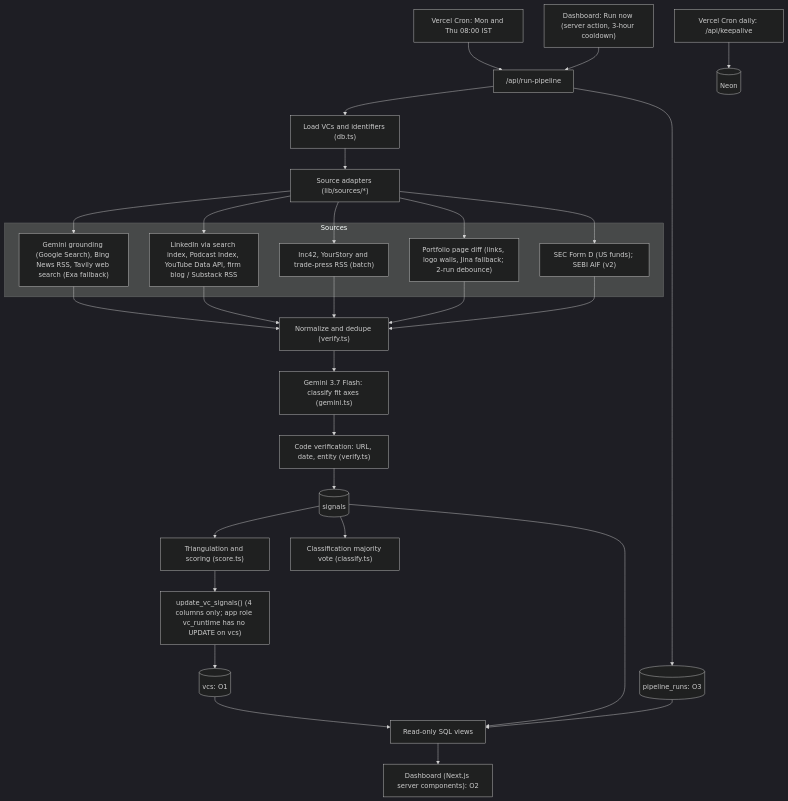
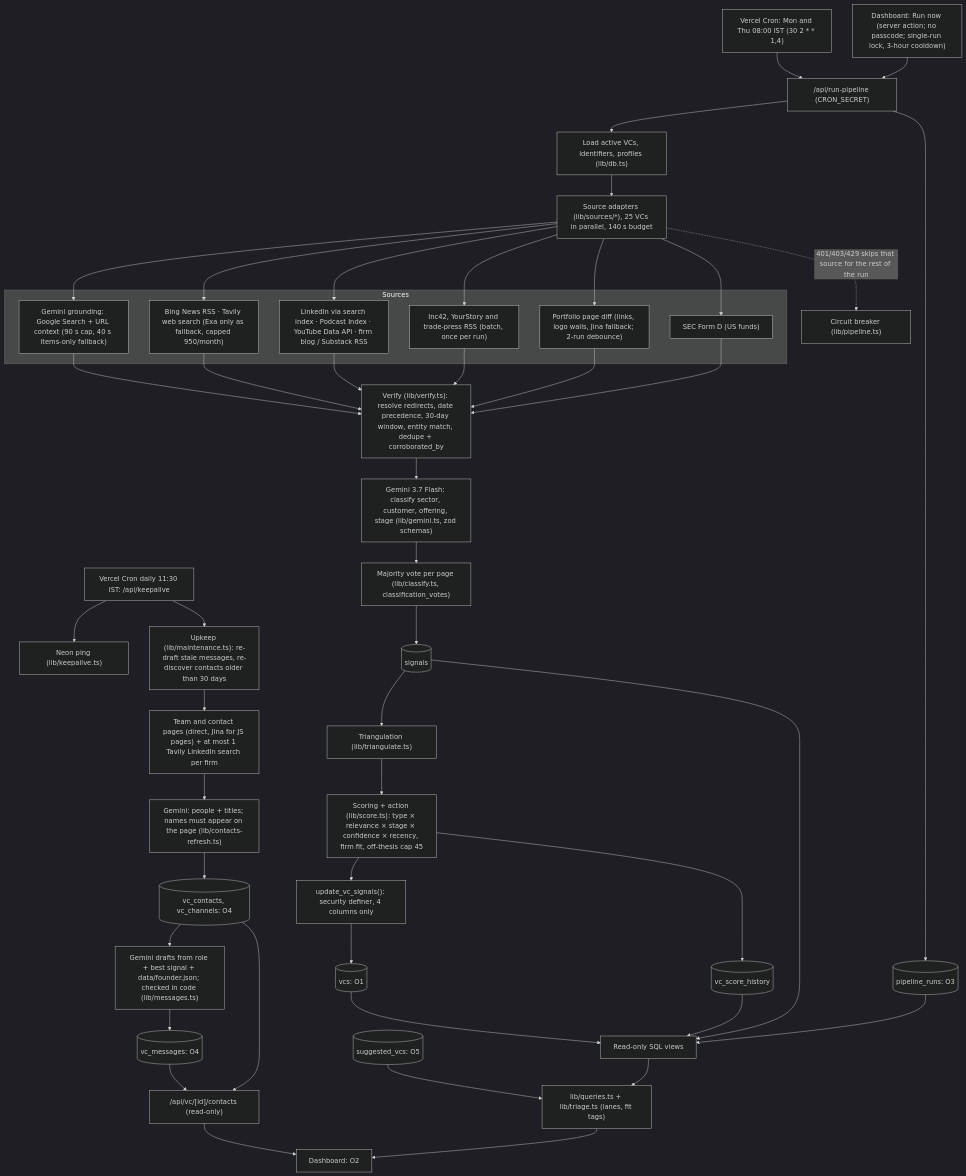
The first of 2 diagrams in docs/components-map.md (anudeeptatireddy-lgtm/vc-pipeline), drawn with Mermaid (dark theme) before and after one commit. The commit also changed other lines of this file and 3 other files, not shown here.

Commit message:
Update Components Map for the triage dashboard, contacts and drafts

````diff
--- a/docs/components-map.md
+++ b/docs/components-map.md
@@ -20,43 +22,46 @@
 ```mermaid
 flowchart TD
-  CRON["Vercel Cron: Mon and Thu 08:00 IST"] --> RUN["/api/run-pipeline"]
-  BTN["Dashboard: Run now (server action, 3-hour cooldown)"] --> RUN
-  KEEP["Vercel Cron daily: /api/keepalive"] --> NEON[("Neon")]
+  CRON["Vercel Cron: Mon and Thu 08:00 IST (30 2 * * 1,4)"] --> RUN["/api/run-pipeline (CRON_SECRET)"]
+  BTN["Dashboard: Run now (server action; no passcode; single-run lock, 3-hour cooldown)"] --> RUN
+  DAILY["Vercel Cron daily 11:30 IST: /api/keepalive"] --> PING["Neon ping (lib/keepalive.ts)"]
+  DAILY --> MAINT["Upkeep (lib/maintenance.ts): re-draft stale messages, re-discover contacts older than 30 days"]
 
-  RUN --> LOAD["Load VCs and identifiers (db.ts)"]
-  LOAD --> SRC["Source adapters (lib/sources/*)"]
+  RUN --> LOAD["Load active VCs, identifiers, profiles (lib/db.ts)"]
+  LOAD --> SRC["Source adapters (lib/sources/*), 25 VCs in parallel, 140 s budget"]
 
   subgraph Sources
-    S1["Gemini grounding (Google Search), Bing News RSS, Tavily web search (Exa fallback)"]
-    S2["LinkedIn via search index, Podcast Index, YouTube Data API, firm blog / Substack RSS"]
-    S3["Inc42, YourStory and trade-press RSS (batch)"]
-    S4["Portfolio page diff (links, logo walls, Jina fallback; 2-run debounce)"]
-    S5["SEC Form D (US funds); SEBI AIF (v2)"]
+    S1["Gemini grounding: Google Search + URL context (90 s cap, 40 s items-only fallback)"]
+    S2["Bing News RSS · Tavily web search (Exa only as fallback, capped 950/month)"]
+    S3["LinkedIn via search index · Podcast Index · YouTube Data API · firm blog / Substack RSS"]
+    S4["Inc42, YourStory and trade-press RSS (batch, once per run)"]
+    S5["Portfolio page diff (links, logo walls, Jina fallback; 2-run debounce)"]
+    S6["SEC Form D (US funds)"]
   end
 
-  SRC --> S1
-  SRC --> S2
-  SRC --> S3
-  SRC --> S4
-  SRC --> S5
+  SRC --> S1 & S2 & S3 & S4 & S5 & S6
+  SRC -.->|401/403/429 skips that source for the rest of the run| CB["Circuit breaker (lib/pipeline.ts)"]
 
-  S1 --> NORM["Normalize and dedupe (verify.ts)"]
-  S2 --> NORM
-  S3 --> NORM
-  S4 --> NORM
-  S5 --> NORM
-
-  NORM --> LLM["Gemini 3.7 Flash: classify fit axes (gemini.ts)"]
-  LLM --> VER["Code verification: URL, date, entity (verify.ts)"]
-  VER --> SIG[("signals")]
-  SIG --> SCORE["Triangulation and scoring (score.ts)"]
-  SIG --> VOTE["Classification majority vote (classify.ts)"]
-  SCORE --> RPC["update_vc_signals() (4 columns only; app role vc_runtime has no UPDATE on vcs)"]
+  S1 & S2 & S3 & S4 & S5 & S6 --> VER["Verify (lib/verify.ts): resolve redirects, date precedence, 30-day window, entity match, dedupe + corroborated_by"]
+  VER --> LLM["Gemini 3.7 Flash: classify sector, customer, offering, stage (lib/gemini.ts, zod schemas)"]
+  LLM --> VOTE["Majority vote per page (lib/classify.ts, classification_votes)"]
+  VOTE --> SIG[("signals")]
+  SIG --> TRI["Triangulation (lib/triangulate.ts)"]
+  TRI --> SCORE["Scoring + action (lib/score.ts): type × relevance × stage × confidence × recency, firm fit, off-thesis cap 45"]
+  SCORE --> RPC["update_vc_signals(): security definer, 4 columns only"]
   RPC --> VCS[("vcs: O1")]
+  SCORE --> HIST[("vc_score_history")]
   RUN --> LOG[("pipeline_runs: O3")]
 
-  VCS --> VIEWS["Read-only SQL views"]
-  SIG --> VIEWS
-  LOG --> VIEWS
-  VIEWS --> DASH["Dashboard (Next.js server components): O2"]
+  MAINT --> TEAM["Team and contact pages (direct, Jina for JS pages) + at most 1 Tavily LinkedIn search per firm"]
+  TEAM --> PEOPLE["Gemini: people + titles; names must appear on the page (lib/contacts-refresh.ts)"]
+  PEOPLE --> CT[("vc_contacts, vc_channels: O4")]
+  CT --> DRAFT["Gemini drafts from role + best signal + data/founder.json; checked in code (lib/messages.ts)"]
+  DRAFT --> MSG[("vc_messages: O4")]
+
+  VCS & SIG & LOG & HIST --> VIEWS["Read-only SQL views"]
+  VIEWS --> Q["lib/queries.ts + lib/triage.ts (lanes, fit tags)"]
+  CT & MSG --> API["/api/vc/[id]/contacts (read-only)"]
+  SUG[("suggested_vcs: O5")] --> Q
+  Q --> DASH["Dashboard: O2"]
+  API --> DASH
 ```
````
